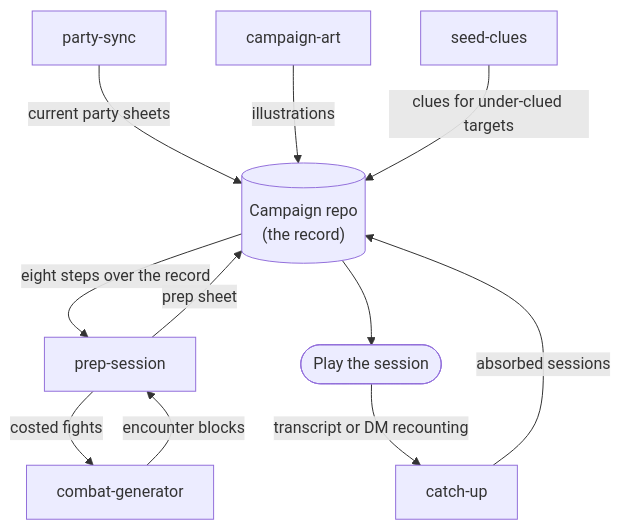
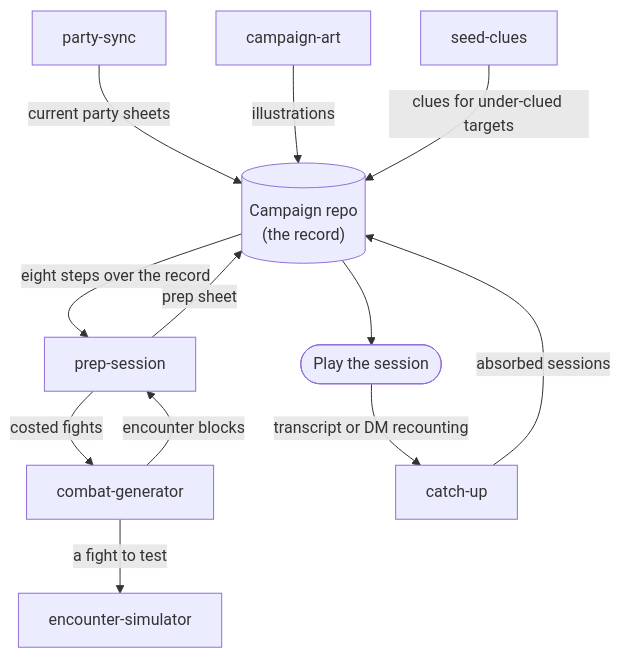
Before and after one commit to bmoo/dm-skills: the diagram in README.md, drawn with Mermaid. The commit also changed other lines of this file and 4 other files, not shown here.

First line of the commit message:
Wire encounter-simulator into the gate, the contract, and the README

````diff
--- a/README.md
+++ b/README.md
@@ -88,16 +88,17 @@
 ```mermaid
 flowchart TD
     repo[("Campaign repo<br/>(the record)")]
 
     repo -- "eight steps over the record" --> prep["prep-session"]
     prep -- "costed fights" --> combat["combat-generator"]
     combat -- "encounter blocks" --> prep
+    combat -- "a fight to test" --> sim["encounter-simulator"]
     prep -- "prep sheet" --> repo
     repo --> play(["Play the session"])
     play -- "transcript or DM recounting" --> catchup["catch-up"]
     catchup -- "absorbed sessions" --> repo
 
     partysync["party-sync"] -- "current party sheets" --> repo
     art["campaign-art"] -- "illustrations" --> repo
     seed["seed-clues"] -- "clues for under-clued targets" --> repo
 ```
````
